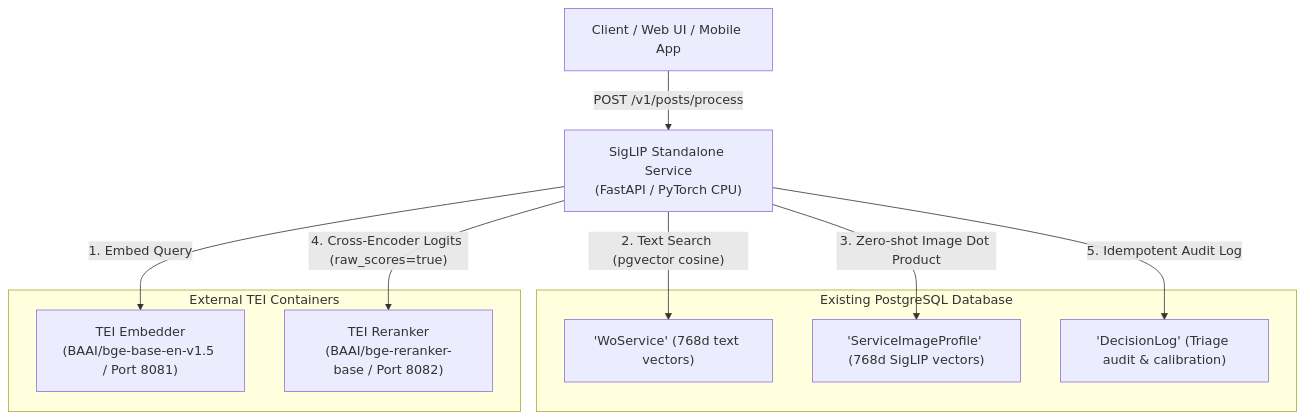
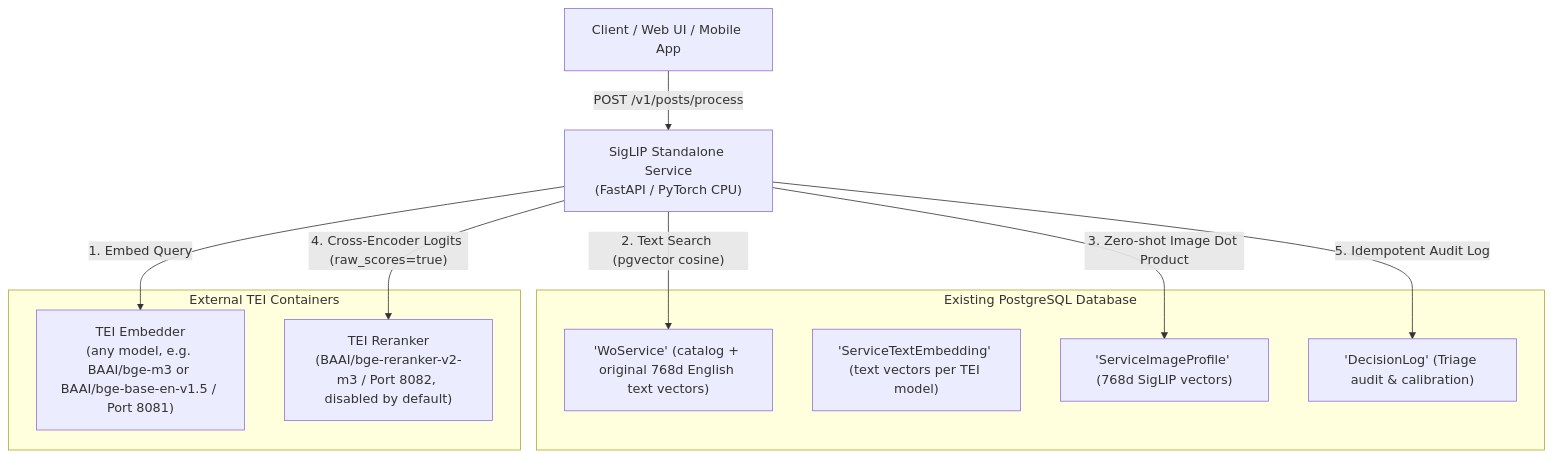
One commit to Amaanuddin05/photoToWorkOrder changed the diagram in README.md. Above: the diagram before and after it, drawn with Mermaid. The commit also changed other lines of this file and 20 other files, not shown here.

First line of the commit message:
feat(text): model-adaptive text embeddings (multilingual branch)

````diff
--- a/README.md
+++ b/README.md
@@ -11,21 +11,22 @@
 ```mermaid
 flowchart TD
     Client["Client / Web UI / Mobile App"] -->|"POST /v1/posts/process"| SigLIP["SigLIP Standalone Service<br/>(FastAPI / PyTorch CPU)"]
     
     subgraph Storage["Existing PostgreSQL Database"]
-        WoService["'WoService' (768d text vectors)"]
+        WoService["'WoService' (catalog + original 768d English text vectors)"]
+        TextStore["'ServiceTextEmbedding' (text vectors per TEI model)"]
         ServiceImageProfile["'ServiceImageProfile' (768d SigLIP vectors)"]
         DecisionLog["'DecisionLog' (Triage audit & calibration)"]
     end
 
     subgraph TEI["External TEI Containers"]
-        TEI_Embed["TEI Embedder<br/>(BAAI/bge-base-en-v1.5 / Port 8081)"]
-        TEI_Rerank["TEI Reranker<br/>(BAAI/bge-reranker-base / Port 8082)"]
+        TEI_Embed["TEI Embedder<br/>(any model, e.g. BAAI/bge-m3 or BAAI/bge-base-en-v1.5 / Port 8081)"]
+        TEI_Rerank["TEI Reranker<br/>(BAAI/bge-reranker-v2-m3 / Port 8082, disabled by default)"]
     end
 
     SigLIP -->|"1. Embed Query"| TEI_Embed
     SigLIP -->|"2. Text Search (pgvector cosine)"| WoService
     SigLIP -->|"3. Zero-shot Image Dot Product"| ServiceImageProfile
     SigLIP -->|"4. Cross-Encoder Logits (raw_scores=true)"| TEI_Rerank
     SigLIP -->|"5. Idempotent Audit Log"| DecisionLog
 ```
````
